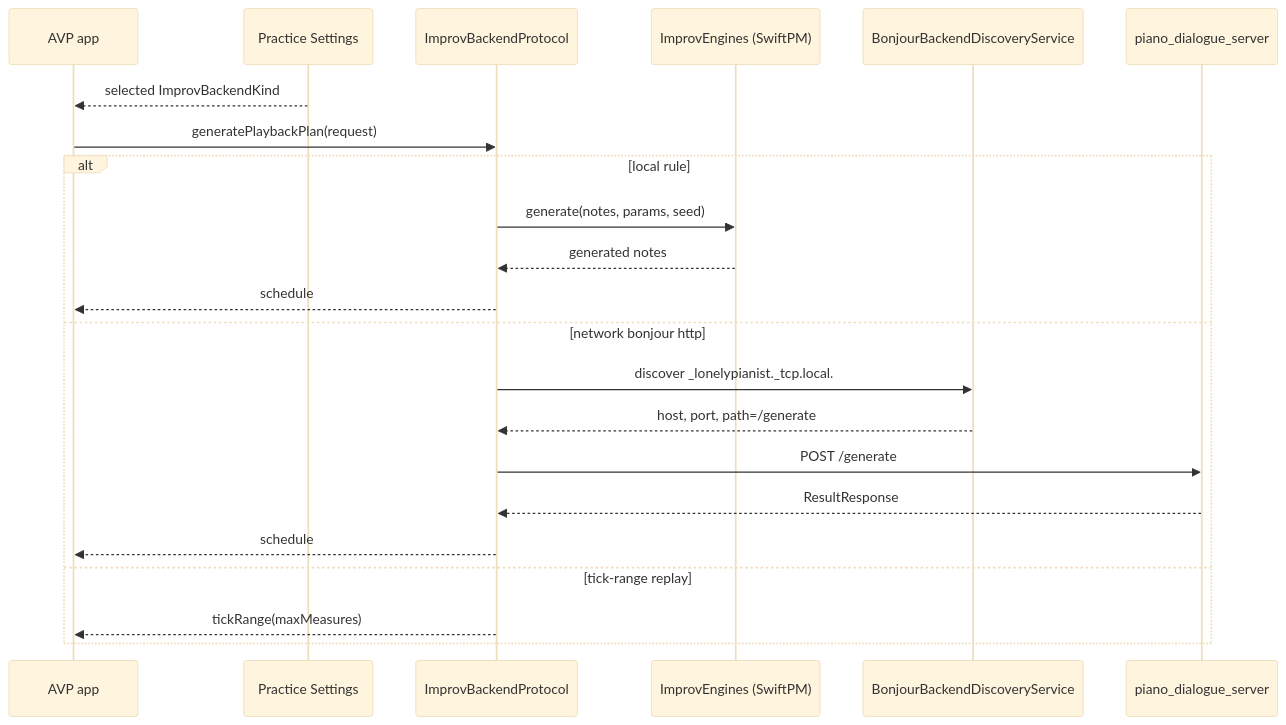
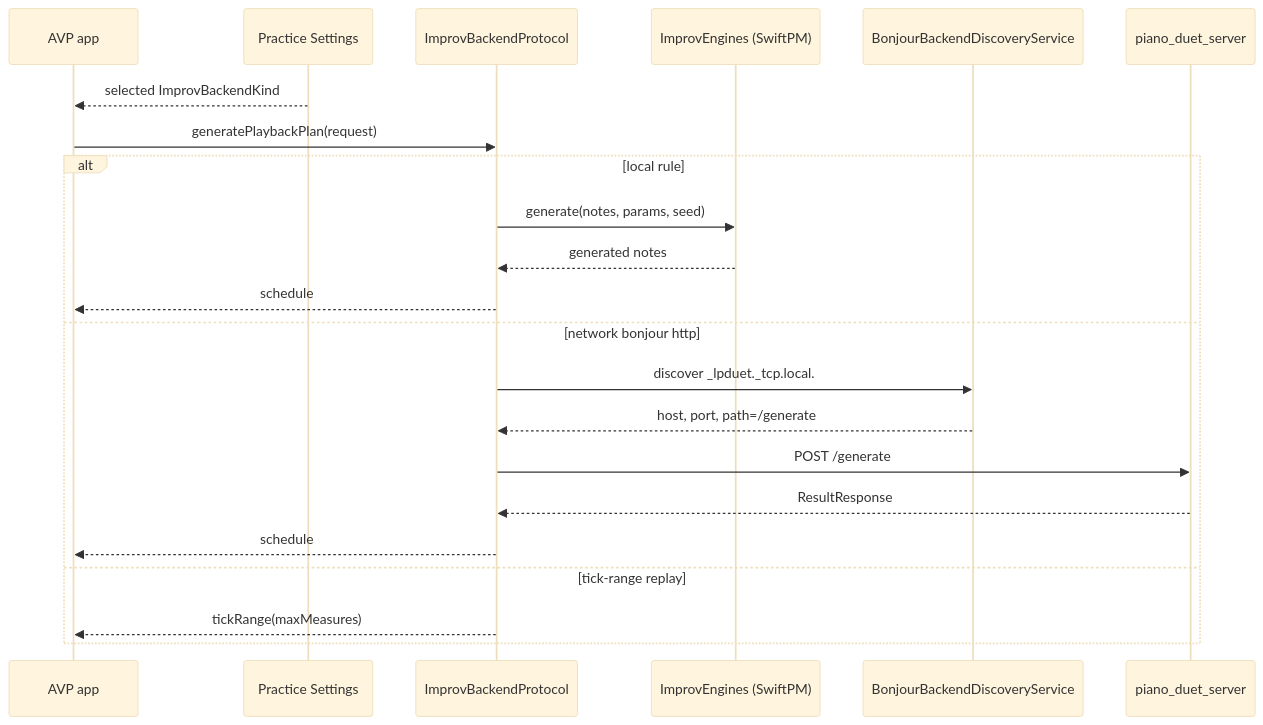
One commit to chiimagnus/HappyPianist changed the fourth of 4 diagrams in docs/data-flow.md. Above: the diagram before and after it, drawn with Mermaid (base theme). The commit also changed other lines of this file and 23 other files, not shown here.

Commit message:
Remove piano_dialogue_server

````diff
--- a/docs/data-flow.md
+++ b/docs/data-flow.md
@@ -107,25 +107,25 @@
 ```mermaid
 sequenceDiagram
   participant AVP as AVP app
   participant Settings as Practice Settings
   participant Backend as ImprovBackendProtocol
   participant Engines as ImprovEngines (SwiftPM)
   participant Bonjour as BonjourBackendDiscoveryService
-  participant API as piano_dialogue_server
+  participant API as piano_duet_server
 
   Settings-->>AVP: selected ImprovBackendKind
   AVP->>Backend: generatePlaybackPlan(request)
   alt local rule
     Backend->>Engines: generate(notes, params, seed)
     Engines-->>Backend: generated notes
     Backend-->>AVP: schedule
   else network bonjour http
-    Backend->>Bonjour: discover _lonelypianist._tcp.local.
+    Backend->>Bonjour: discover _lpduet._tcp.local.
     Bonjour-->>Backend: host, port, path=/generate
     Backend->>API: POST /generate
     API-->>Backend: ResultResponse
     Backend-->>AVP: schedule
   else tick-range replay
     Backend-->>AVP: tickRange(maxMeasures)
   end
 ```
````
